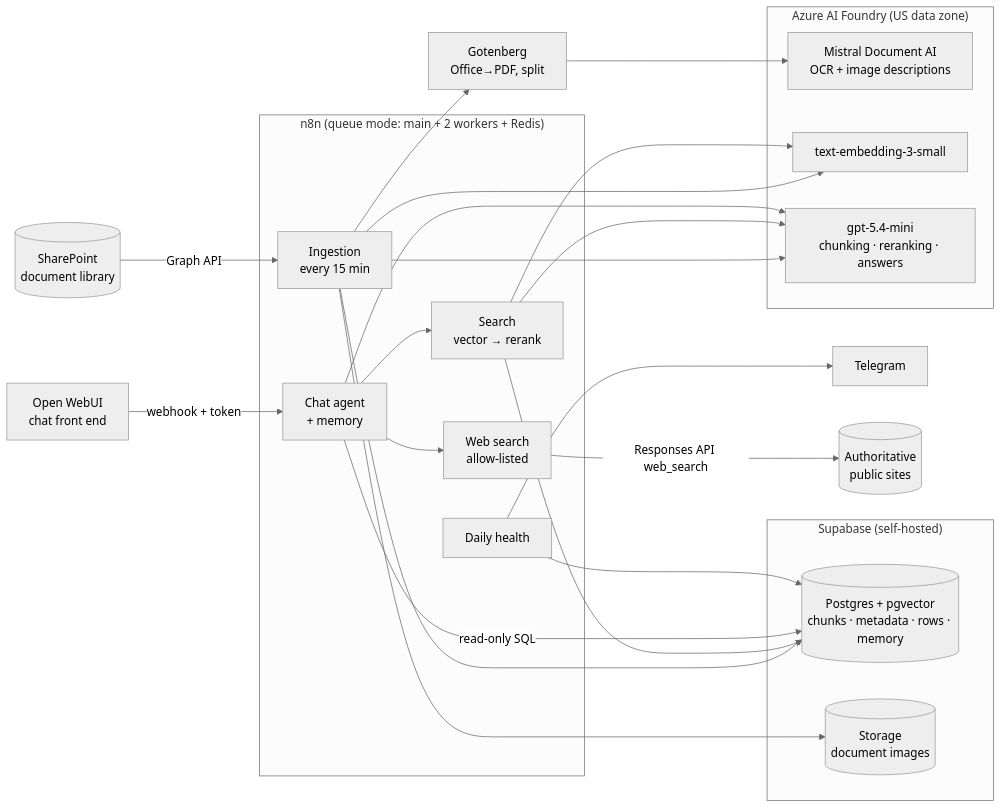
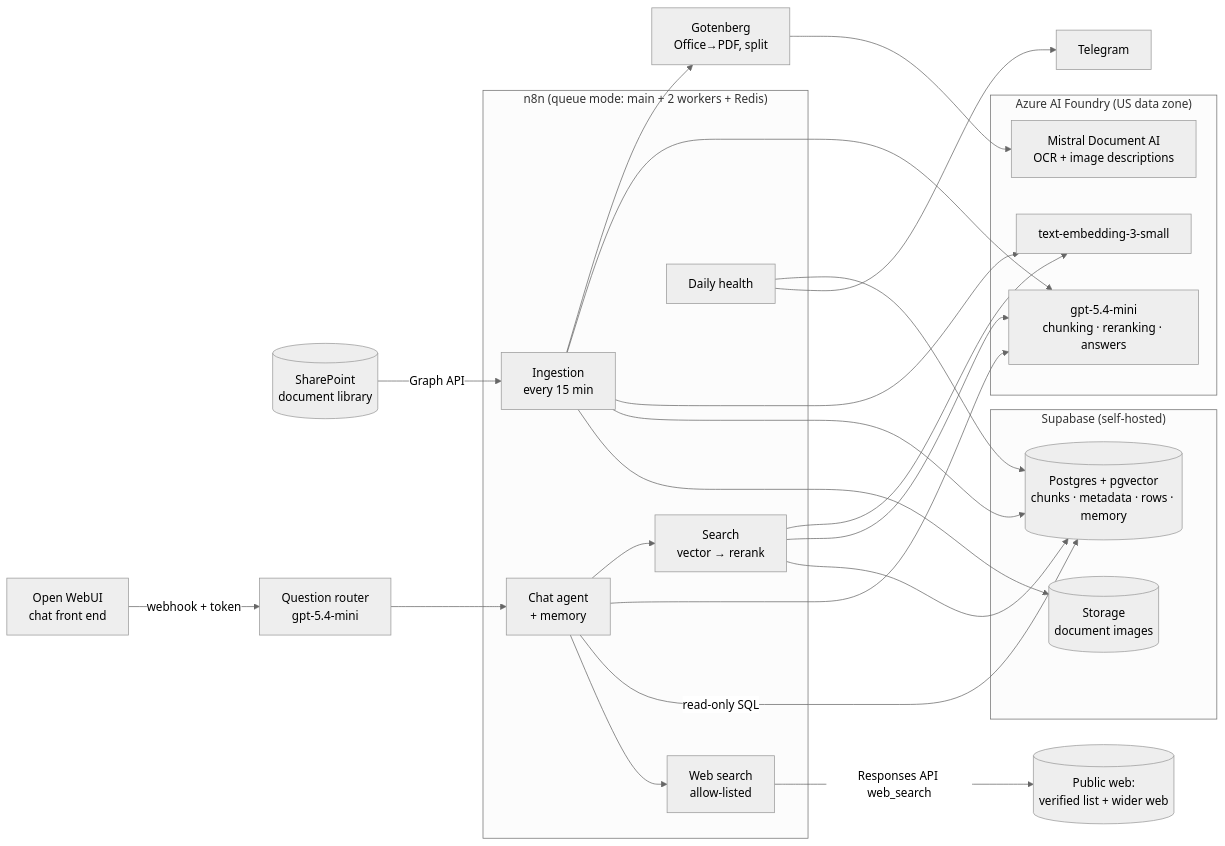
The diagram in README.md (khalidelho/n8n-sharepoint-rag), drawn with Mermaid (neutral theme) before and after one commit. The commit also changed other lines of this file and 5 other files, not shown here.

First line of the commit message:
Wider-web search with a separate trust level, question router, web sections built by code (#2)

````diff
--- a/README.md
+++ b/README.md
@@ -27,44 +29,44 @@
 ```mermaid
 flowchart LR
     SP[(SharePoint<br/>document library)]
 
     subgraph n8n["n8n (queue mode: main + 2 workers + Redis)"]
         ING[Ingestion<br/>every 15 min]
         AGT[Chat agent<br/>+ memory]
         SRCH[Search<br/>vector → rerank]
         HLT[Daily health]
         WS[Web search<br/>allow-listed]
     end
 
     subgraph AZ["Azure AI Foundry (US data zone)"]
         OCR[Mistral Document AI<br/>OCR + image descriptions]
         EMB[text-embedding-3-small]
         GPT[gpt-5.4-mini<br/>chunking · reranking · answers]
     end
 
     subgraph SB["Supabase (self-hosted)"]
         PG[(Postgres + pgvector<br/>chunks · metadata · rows · memory)]
         ST[(Storage<br/>document images)]
     end
 
     GOT[Gotenberg<br/>Office→PDF, split]
     OWU[Open WebUI<br/>chat front end]
     TG[Telegram]
 
     SP -- Graph API --> ING
     ING --> GOT --> OCR
     ING --> GPT
     ING --> EMB
     ING --> PG
     ING --> ST
-    OWU -- webhook + token --> AGT
+    OWU -- webhook + token --> RT[Question router<br/>gpt-5.4-mini] --> AGT
     AGT --> SRCH --> EMB
     SRCH --> GPT
     SRCH --> PG
     AGT --> GPT
     AGT -- read-only SQL --> PG
     HLT --> PG
     HLT --> TG
     AGT --> WS
-    WS -- Responses API web_search --> PUB[(Authoritative<br/>public sites)]
+    WS -- Responses API web_search --> PUB[(Public web:<br/>verified list + wider web)]
 ```
````
